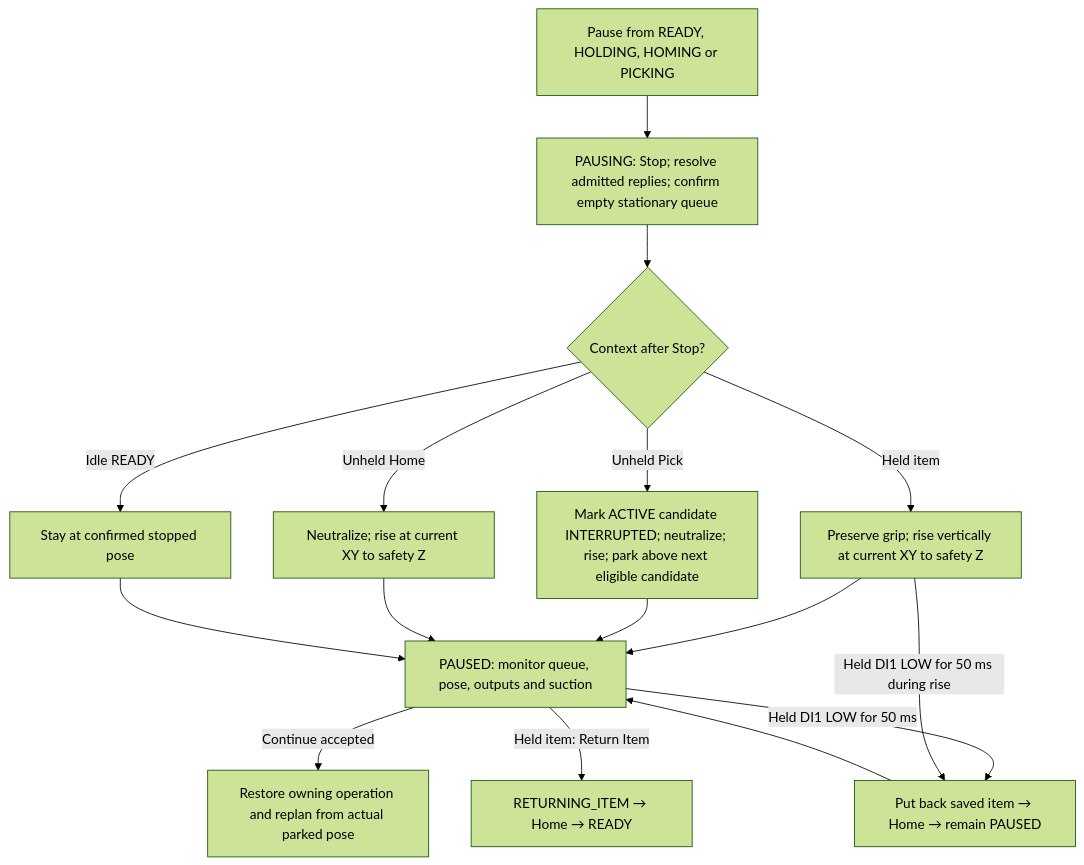
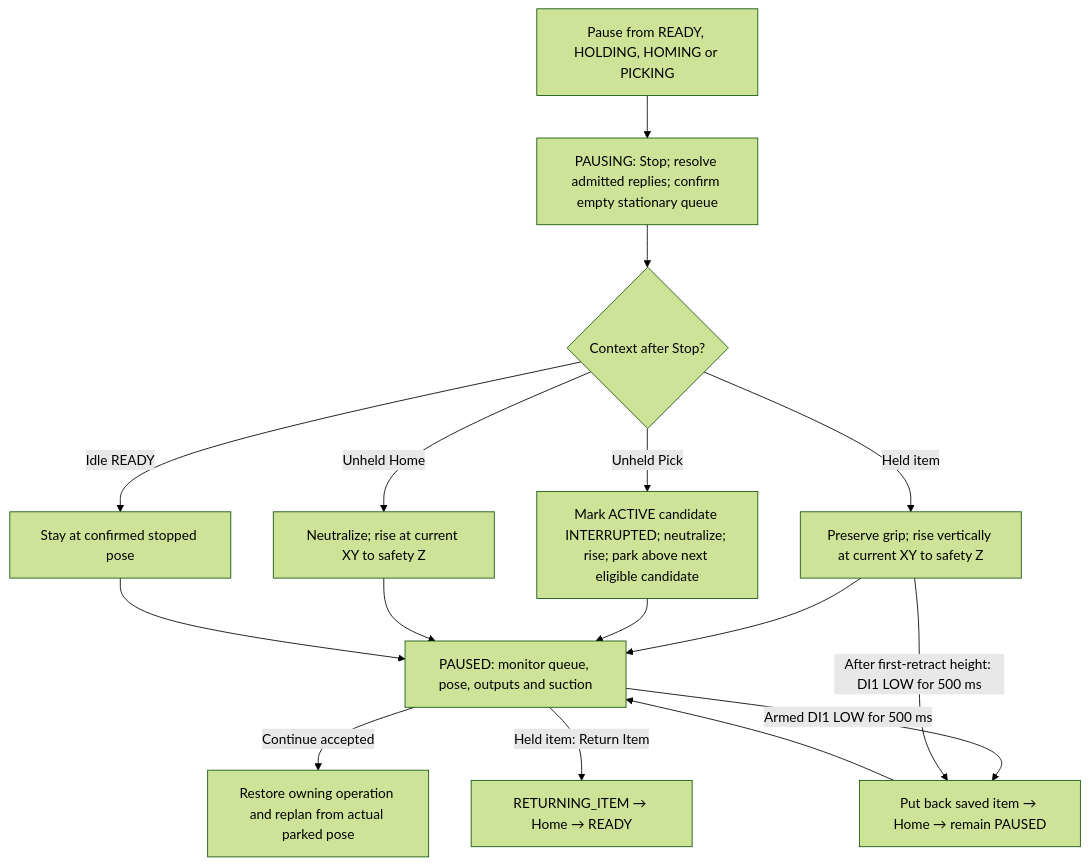
One commit to esgange/dobot_picknplace_yolo changed the seventh of 9 diagrams in docs/ROBOT_CONTROLLER_FSM.md. Above: the diagram before and after it, drawn with Mermaid (forest theme). The commit also changed other lines of this file and 19 other files, not shown here.

Commit message:
Arm drop detection after pickup retract with 500 ms debounce

````diff
--- a/docs/ROBOT_CONTROLLER_FSM.md
+++ b/docs/ROBOT_CONTROLLER_FSM.md
@@ -1083,18 +1102,18 @@
 ```mermaid
 flowchart TD
     Pause["Pause from READY, HOLDING, HOMING or PICKING"] --> Pausing["PAUSING: Stop; resolve admitted replies; confirm empty stationary queue"]
     Pausing --> Context{"Context after Stop?"}
     Context -->|Held item| Rise["Preserve grip; rise vertically at current XY to safety Z"]
     Context -->|Unheld Pick| Transit["Mark ACTIVE candidate INTERRUPTED; neutralize; rise; park above next eligible candidate"]
     Context -->|Unheld Home| HomePark["Neutralize; rise at current XY to safety Z"]
     Context -->|Idle READY| Stay["Stay at confirmed stopped pose"]
     Rise --> Paused["PAUSED: monitor queue, pose, outputs and suction"]
     Transit --> Paused
     HomePark --> Paused
     Stay --> Paused
     Paused -->|Continue accepted| Resume["Restore owning operation and replan from actual parked pose"]
     Paused -->|Held item: Return Item| Return["RETURNING_ITEM → Home → READY"]
-    Paused -->|Held DI1 LOW for 50 ms| Drop["Put back saved item → Home → remain PAUSED"]
-    Rise -->|Held DI1 LOW for 50 ms during rise| Drop
+    Paused -->|Armed DI1 LOW for 500 ms| Drop["Put back saved item → Home → remain PAUSED"]
+    Rise -->|After first-retract height: DI1 LOW for 500 ms| Drop
     Drop --> Paused
 ```
````
